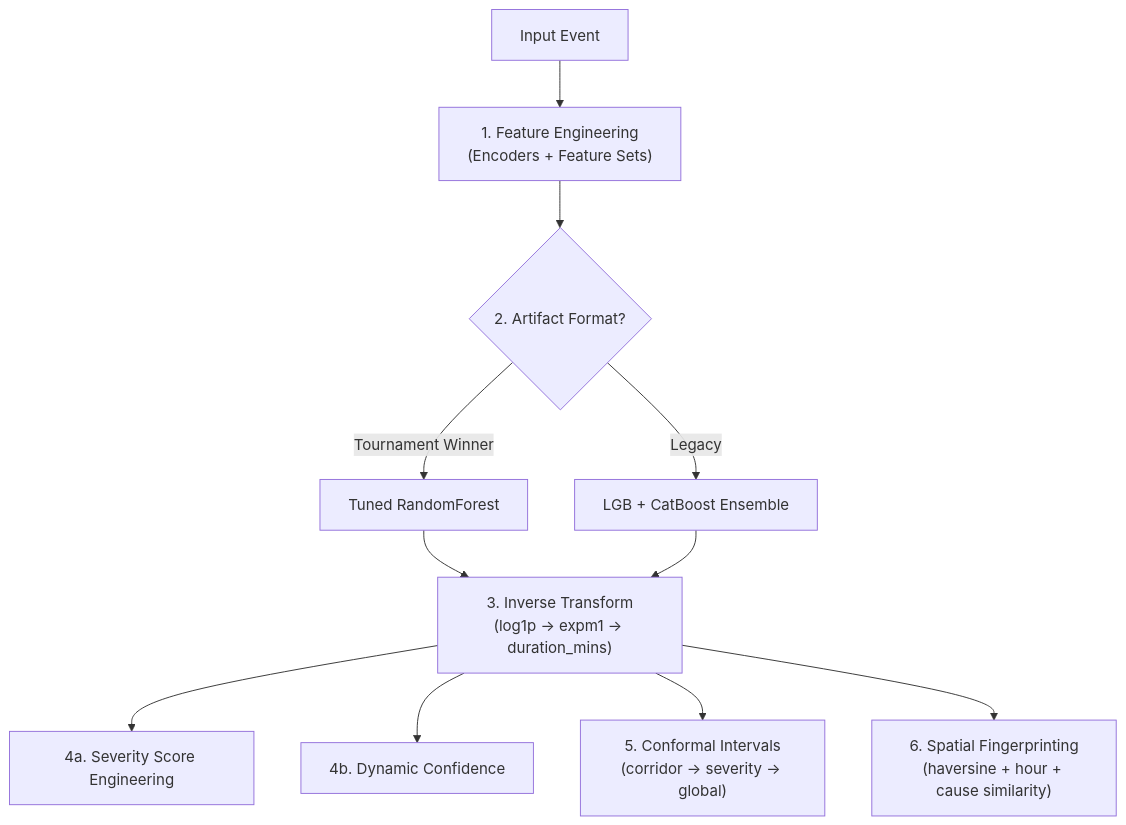
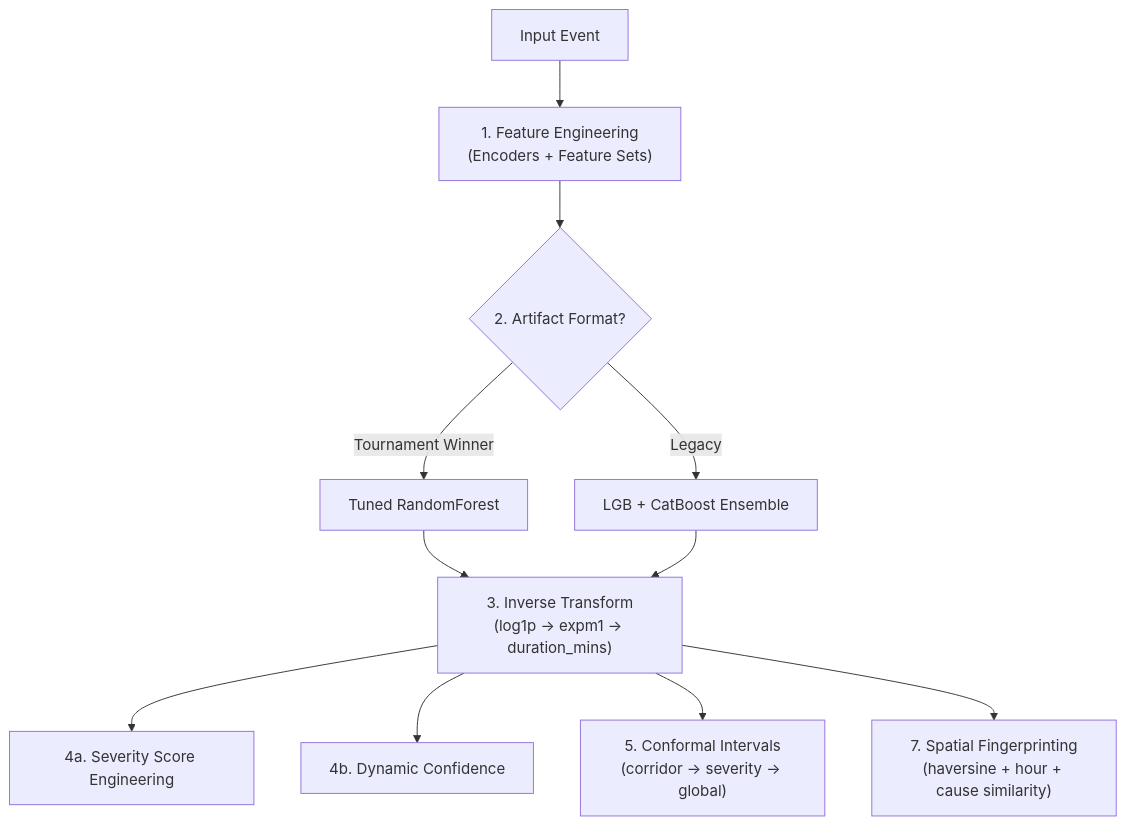
Before and after one commit to shantanu-1607/gridlock_prototype: the third of 8 diagrams in README.md, drawn with Mermaid. The commit also changed other lines of this file, not shown here.

````diff
--- a/README.md
+++ b/README.md
@@ -297,14 +345,14 @@
 ```mermaid
 
 graph TD
     A["Input Event"] --> B["1. Feature Engineering<br/>(Encoders + Feature Sets)"]
     B --> C{"2. Artifact Format?"}
     C -- "Tournament Winner" --> D["Tuned RandomForest"]
     C -- "Legacy" --> E["LGB + CatBoost Ensemble"]
     D --> I["3. Inverse Transform<br/>(log1p → expm1 → duration_mins)"]
     E --> I
     I --> J["4a. Severity Score Engineering"]
     I --> L["4b. Dynamic Confidence"]
     I --> K["5. Conformal Intervals<br/>(corridor → severity → global)"]
-    I --> M["6. Spatial Fingerprinting<br/>(haversine + hour + cause similarity)"]
+    I --> M["7. Spatial Fingerprinting<br/>(haversine + hour + cause similarity)"]
 ```
````
